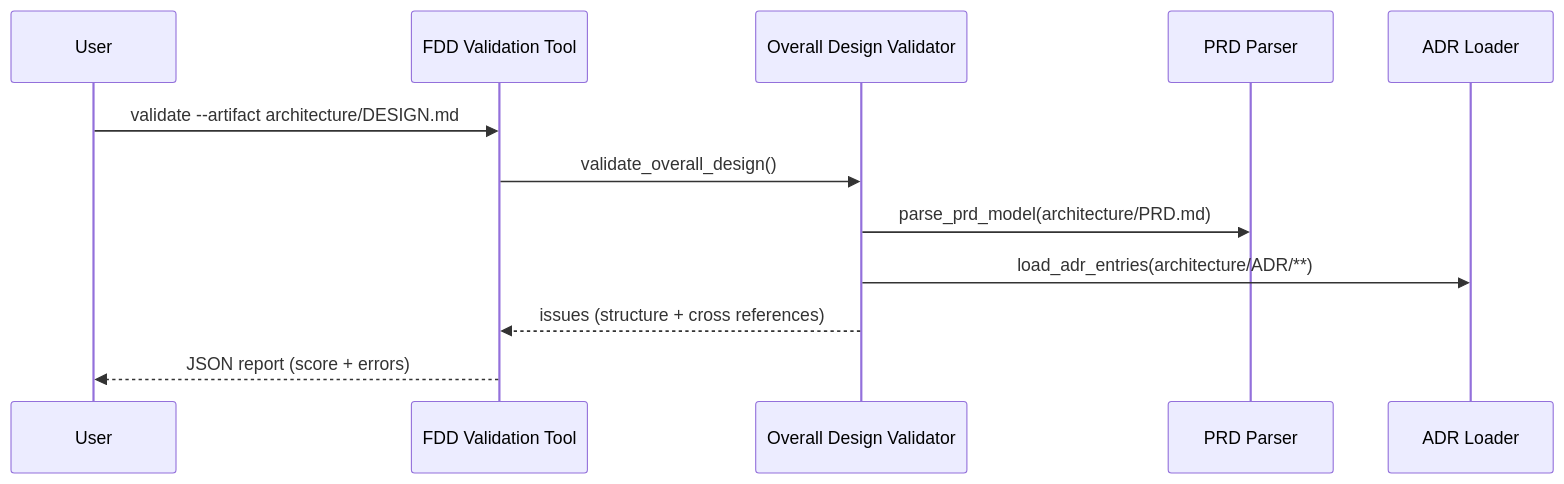
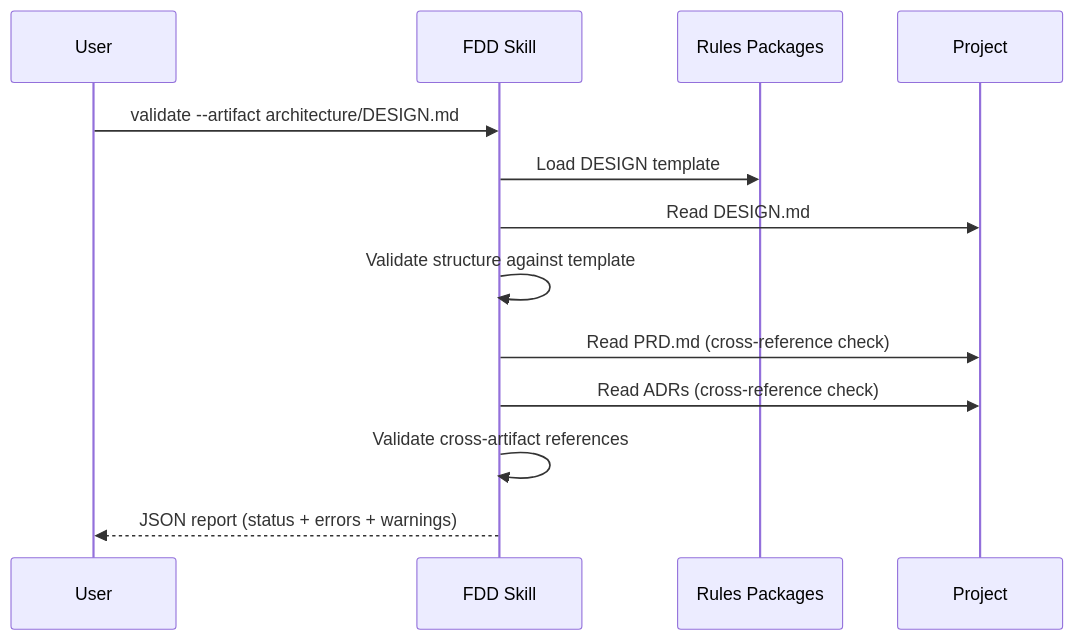
One commit to cyberfabric/cyber-pilot changed the fourth of 5 diagrams in architecture/DESIGN.md. Above: the diagram before and after it, drawn with Mermaid. The commit also changed other lines of this file and 93 other files, not shown here.

````diff
--- a/architecture/DESIGN.md
+++ b/architecture/DESIGN.md
@@ -608,15 +913,16 @@
 ```mermaid
 sequenceDiagram
-    participant Arch as User
-    participant Tool as FDD Validation Tool
-    participant OD as Overall Design Validator
-    participant PRD as PRD Parser
-    participant ADR as ADR Loader
+    participant User
+    participant FDD as FDD Skill
+    participant RP as Rules Packages
+    participant PROJ as Project
 
-    Arch->>Tool: validate --artifact architecture/DESIGN.md
-    Tool->>OD: validate_overall_design()
-    OD->>PRD: parse_prd_model(architecture/PRD.md)
-    OD->>ADR: load_adr_entries(architecture/ADR/**)
-    OD-->>Tool: issues (structure + cross references)
-    Tool-->>Arch: JSON report (score + errors)
+    User->>FDD: validate --artifact architecture/DESIGN.md
+    FDD->>RP: Load DESIGN template
+    FDD->>PROJ: Read DESIGN.md
+    FDD->>FDD: Validate structure against template
+    FDD->>PROJ: Read PRD.md (cross-reference check)
+    FDD->>PROJ: Read ADRs (cross-reference check)
+    FDD->>FDD: Validate cross-artifact references
+    FDD-->>User: JSON report (status + errors + warnings)
 ```
````
